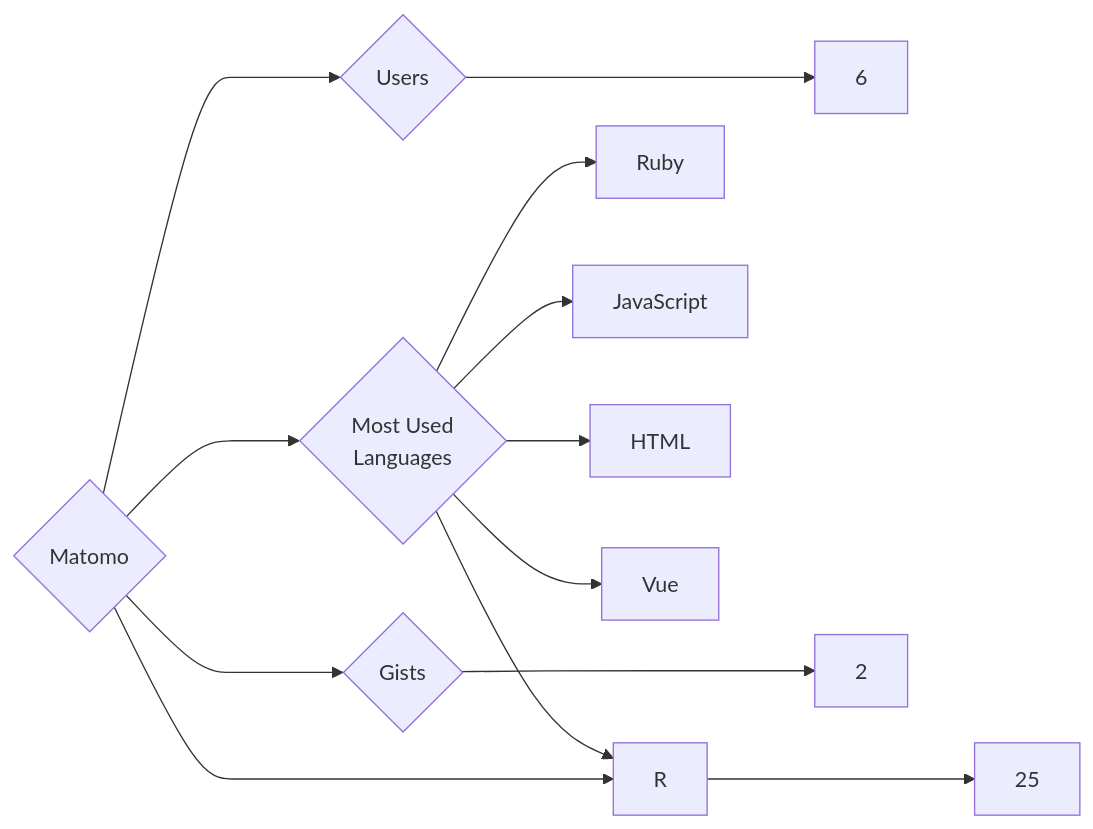
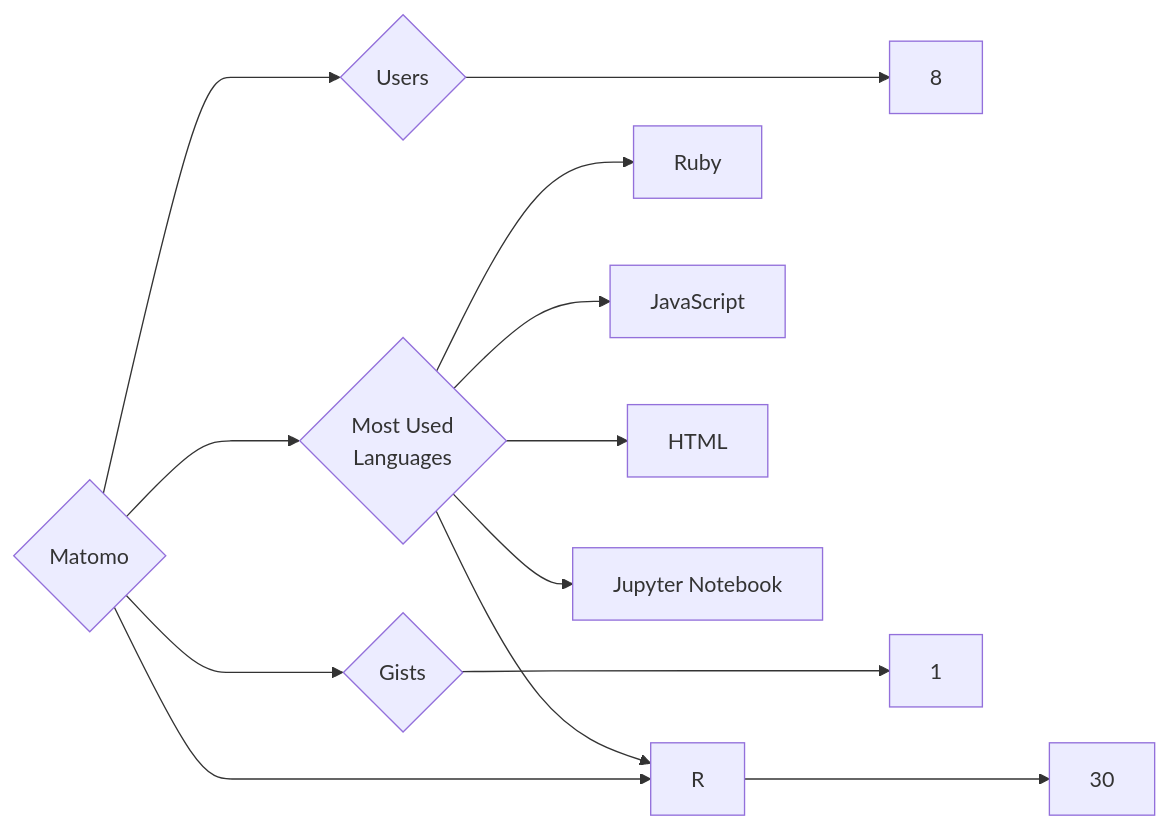
The diagram in targets/Matomo/README.md (trickest/insiders), drawn with Mermaid before and after one commit. The commit also changed 1479 other files, not shown here.

````diff
--- a/targets/Matomo/README.md
+++ b/targets/Matomo/README.md
@@ -3,13 +3,13 @@
 ```mermaid
 graph LR
 COMPANY_NAME{Matomo}
-COMPANY_NAME ---> U{Users} ---> UN[6]
-COMPANY_NAME ---> R{Repositories} ---> RN[25]
-COMPANY_NAME ---> G{Gists} ---> GN[2]
+COMPANY_NAME ---> U{Users} ---> UN[8]
+COMPANY_NAME ---> R{Repositories} ---> RN[30]
+COMPANY_NAME ---> G{Gists} ---> GN[1]
 COMPANY_NAME ---> ML{Most Used<br>Languages}
 ML --> Ruby[Ruby]
 ML --> JavaScript[JavaScript]
 ML --> R[R]
 ML --> HTML[HTML]
-ML --> Vue[Vue]
+ML --> Jupyter_Notebook[Jupyter Notebook]
 ```
````
